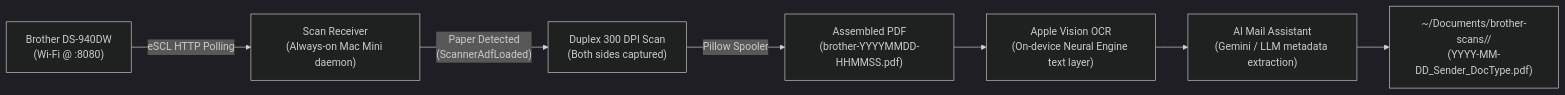
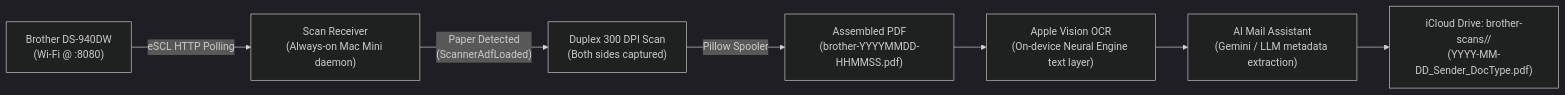
The diagram in README.md (guitarbeat/ds-940-paperless-scanner), drawn with Mermaid (dark theme) before and after one commit. The commit also changed other lines of this file and 1 other file, not shown here.

Commit message:
docs: lock in iCloud Drive root as primary scans directory

````diff
--- a/README.md
+++ b/README.md
@@ -11,9 +11,9 @@
 ```mermaid
 flowchart LR
     A["Brother DS-940DW\n(Wi-Fi @ :8080)"] -->|"eSCL HTTP Polling"| B["Scan Receiver\n(Always-on Mac Mini daemon)"]
     B -->|"Paper Detected\n(ScannerAdfLoaded)"| C["Duplex 300 DPI Scan\n(Both sides captured)"]
     C -->|"Pillow Spooler"| D["Assembled PDF\n(brother-YYYYMMDD-HHMMSS.pdf)"]
     D --> E["Apple Vision OCR\n(On-device Neural Engine text layer)"]
     E --> F["AI Mail Assistant\n(Gemini / LLM metadata extraction)"]
-    F --> G["~/Documents/brother-scans/<Category>/\n(YYYY-MM-DD_Sender_DocType.pdf)"]
+    F --> G["iCloud Drive: brother-scans/<Category>/\n(YYYY-MM-DD_Sender_DocType.pdf)"]
 ```
````
